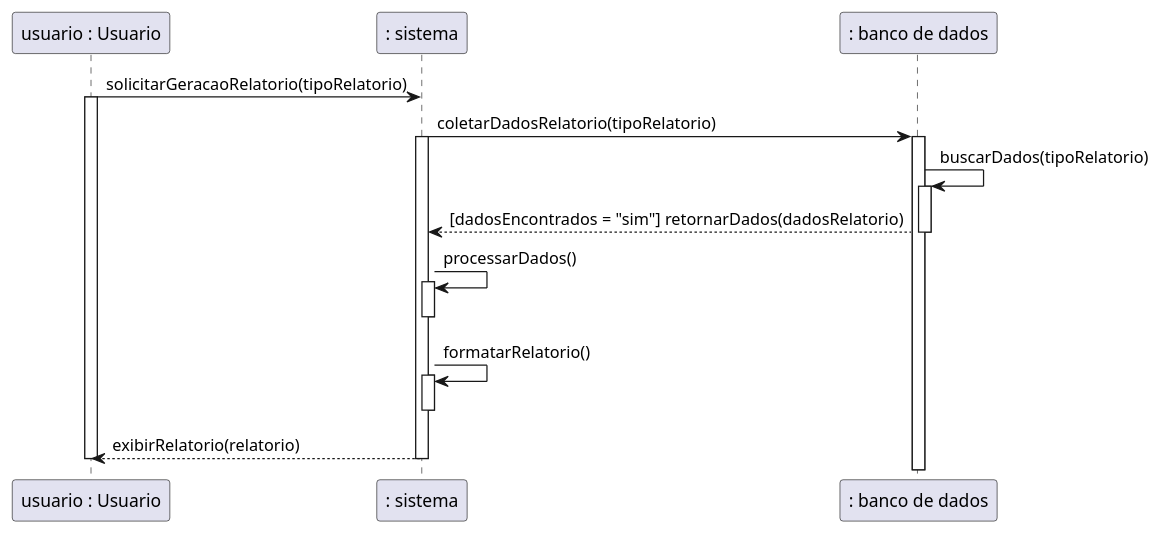
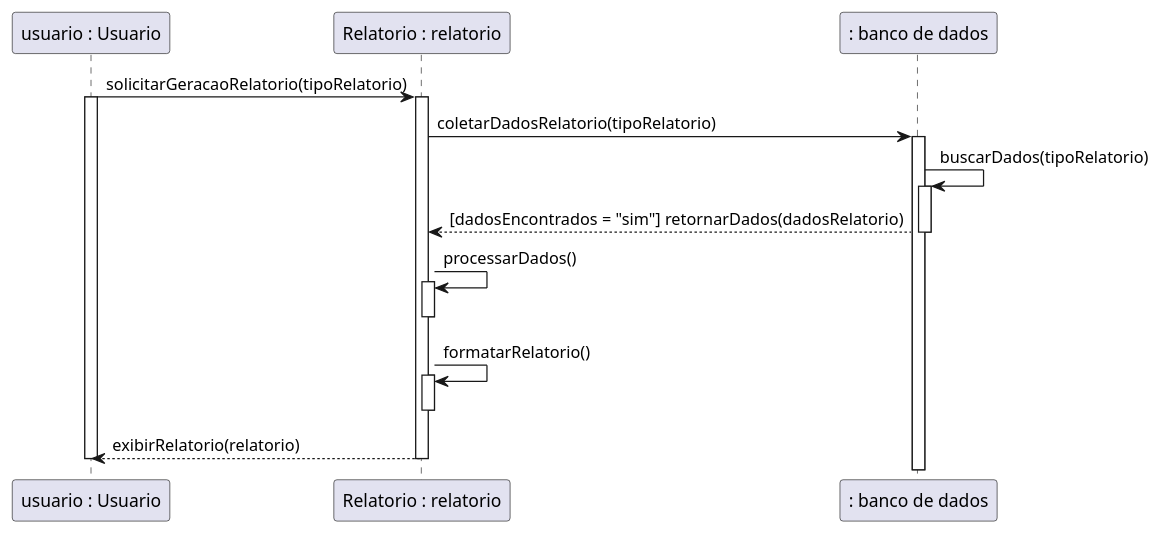
One commit to yurilsn/DiagramasUml changed the diagram in Diagrama de Sequencia/sequencia_proj_final_c2.wsd. Above: the diagram before and after it, drawn with PlantUML. The commit also changed 4 other files, not shown here.

Commit message:
corrigindo diagrama de sequencia

```diff
--- a/Diagrama de Sequencia/sequencia_proj_final_c2.wsd
+++ b/Diagrama de Sequencia/sequencia_proj_final_c2.wsd
@@ -1,32 +1,32 @@
 @startuml
 ' GERAR RELATÓRIOS
 
-"usuario : Usuario" as usuario -> ": sistema" as sistema : solicitarGeracaoRelatorio(tipoRelatorio)
+"usuario : Usuario" as usuario -> "Relatorio : relatorio" as relatorio : solicitarGeracaoRelatorio(tipoRelatorio)
 activate usuario
 
-sistema -> ": banco de dados" as bd: coletarDadosRelatorio(tipoRelatorio)
-activate sistema
+activate relatorio
+relatorio -> ": banco de dados" as bd: coletarDadosRelatorio(tipoRelatorio)
 activate bd
 
 bd -> bd: buscarDados(tipoRelatorio)
 activate bd
 
-bd --> sistema: [dadosEncontrados = "sim"] retornarDados(dadosRelatorio)
+bd --> relatorio: [dadosEncontrados = "sim"] retornarDados(dadosRelatorio)
 deactivate bd
 
-sistema -> sistema: processarDados()
-activate sistema
+relatorio -> relatorio: processarDados()
+activate relatorio
 
-deactivate sistema
+deactivate relatorio
 
-sistema -> sistema: formatarRelatorio()
-activate sistema
+relatorio -> relatorio: formatarRelatorio()
+activate relatorio
 
-deactivate sistema
+deactivate relatorio
 
-sistema --> usuario: exibirRelatorio(relatorio)
-deactivate sistema
+relatorio --> usuario: exibirRelatorio(relatorio)
+deactivate relatorio
 
 deactivate usuario
 
 @enduml
```
